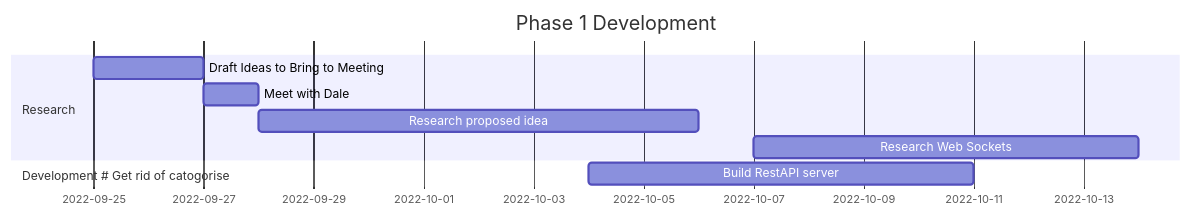
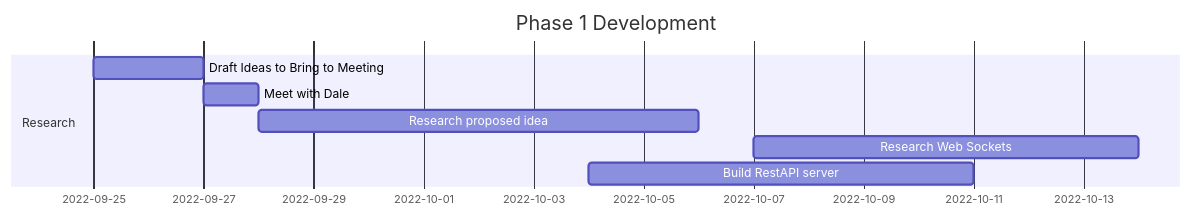
One commit to Joshua-Yuill/Votley_Final-Year-Project changed the first of 3 diagrams in Docs/report.md. Above: the diagram before and after it, drawn with Mermaid. The commit also changed other lines of this file and 1 other file, not shown here.

````diff
--- a/Docs/report.md
+++ b/Docs/report.md
@@ -318,12 +344,11 @@
 ```mermaid
 gantt
     title Phase 1 Development
     dateFormat  YYYY-MM-DD
     section Research
     Draft Ideas to Bring to Meeting           :a1, 2022-09-25, 2d
     Meet with Dale            :a1, 2022-09-27, 1d
     Research proposed idea            :2022-09-28, 8d
-    Research Web Sockets           :2022-10-07, 7d
-    section Development # Get rid of catogorise
+    Research Web Sockets           :2022-10-07, 7d 
     Build RestAPI server           :2022-10-04, 7d
-```
+``` 
````
